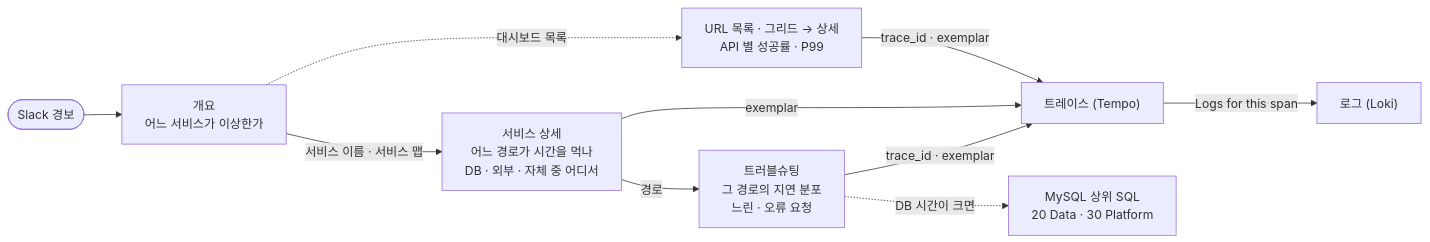
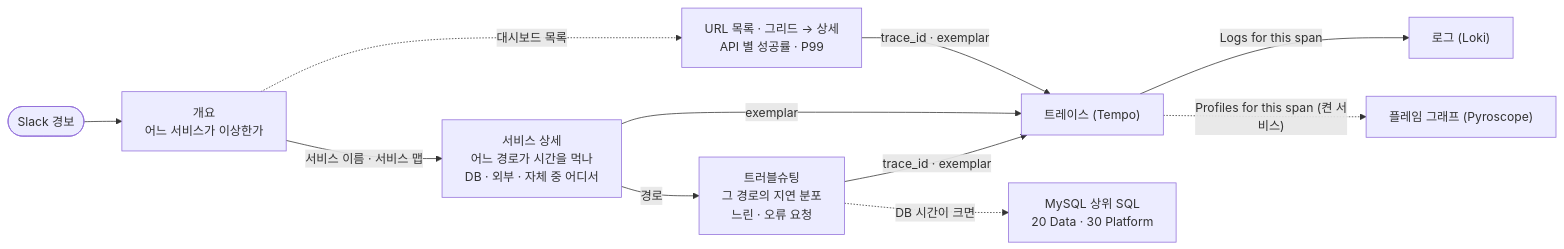
Before and after one commit to Grandis-2/nova-infra: the fourth of 4 diagrams in terraform/aws/monitoring/lgtm/nova_apnortheast2/config/README.md, drawn with Mermaid. The commit also changed other lines of this file and 6 other files, not shown here.

````diff
--- a/terraform/aws/monitoring/lgtm/nova_apnortheast2/config/README.md
+++ b/terraform/aws/monitoring/lgtm/nova_apnortheast2/config/README.md
@@ -156,12 +160,13 @@
 ```mermaid
 flowchart LR
   alert(["Slack 경보"]) --> ov["개요<br/>어느 서비스가 이상한가"]
   ov -- "서비스 이름 · 서비스 맵" --> svc["서비스 상세<br/>어느 경로가 시간을 먹나<br/>DB · 외부 · 자체 중 어디서"]
   svc -- "경로" --> ts["트러블슈팅<br/>그 경로의 지연 분포<br/>느린 · 오류 요청"]
   ov -. "대시보드 목록" .-> url["URL 목록 · 그리드 → 상세<br/>API 별 성공률 · P99"]
   url -- "trace_id · exemplar" --> trace
   svc -- "exemplar" --> trace["트레이스 (Tempo)"]
   ts -- "trace_id · exemplar" --> trace
   trace -- "Logs for this span" --> log["로그 (Loki)"]
+  trace -. "Profiles for this span (켠 서비스)" .-> prof["플레임 그래프 (Pyroscope)"]
   ts -. "DB 시간이 크면" .-> data["MySQL 상위 SQL<br/>20 Data · 30 Platform"]
 ```
````
